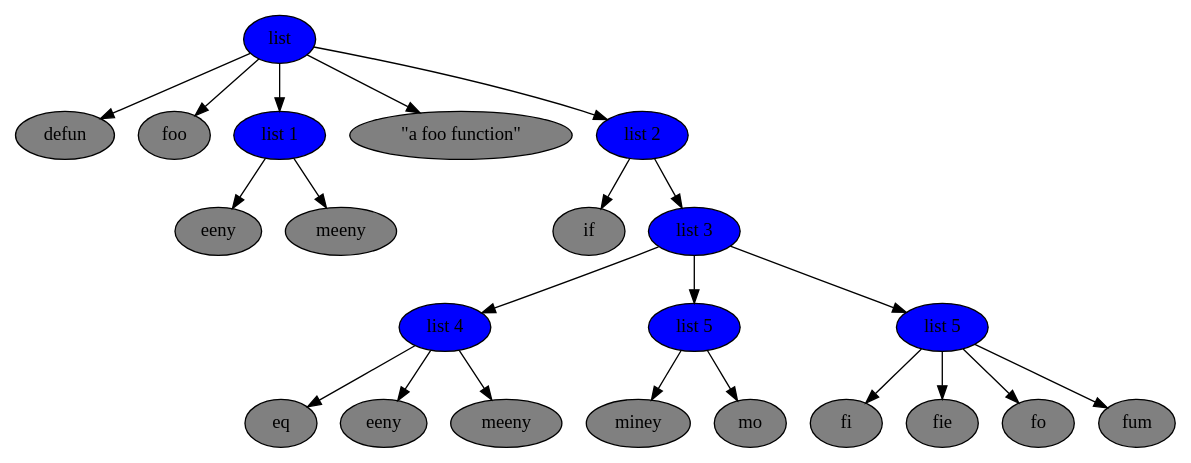
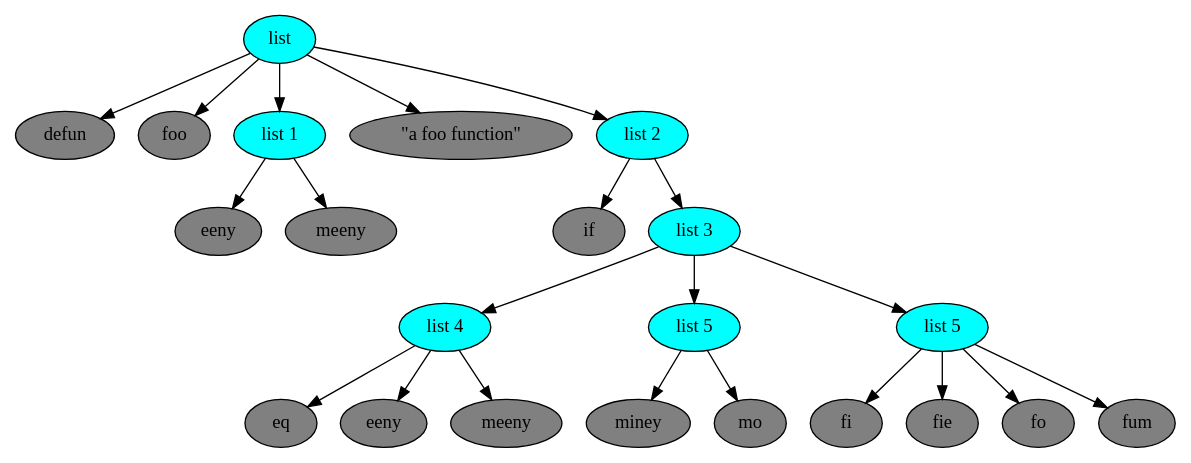
One commit to mnemnion/porch changed the first of 2 diagrams in quipu.org. Above: the diagram before and after it, drawn with Graphviz. The commit also changed other lines of this file, not shown here.

```diff
--- a/quipu.org
+++ b/quipu.org
@@ -149,49 +148,49 @@
 #+BEGIN_SRC dot :file images/node-leaf.png  :exports results :cache yes
    digraph G {
-  list [label = "list", style = filled, fillcolor = blue]
+  list [label = "list", style = filled, fillcolor = cyan]
 
   node_1 [label = "defun", style = filled, fillcolor = gray]
   foo_node [label = "foo", style = filled, fillcolor = gray]
-  list_1 [label = "list 1", style = filled, fillcolor = blue]
+  list_1 [label = "list 1", style = filled, fillcolor = cyan]
   node_4 [label = "\"a foo function\"", style = filled, fillcolor = gray]
-  list_2 [label = "list 2", style = filled, fillcolor = blue]
+  list_2 [label = "list 2", style = filled, fillcolor = cyan]
   node_5 [label = "if", style = filled, fillcolor = gray]
-  list_3 [label = "list 3", style = filled, fillcolor = blue]
-  list_4 [label = "list 4", style = filled, fillcolor = blue]
+  list_3 [label = "list 3", style = filled, fillcolor = cyan]
+  list_4 [label = "list 4", style = filled, fillcolor = cyan]
   node_2 [label = "eeny", style = filled, fillcolor = gray]
   node_3 [label = "meeny", style = filled, fillcolor = gray]
-  list_5 [label = "list 5", style = filled, fillcolor = blue]
-  list_6 [label = "list 5", style = filled, fillcolor = blue]
+  list_5 [label = "list 5", style = filled, fillcolor = cyan]
+  list_6 [label = "list 5", style = filled, fillcolor = cyan]
   node_6 [label = "eq", style = filled, fillcolor = gray]
   node_7 [label = "eeny", style = filled, fillcolor = gray]
   node_8 [label = "meeny", style = filled, fillcolor = gray]
   node_9 [label = "miney", style = filled, fillcolor = gray]
   node_10 [label = "mo", style = filled, fillcolor = gray]
   node_11 [label = "fi", style = filled, fillcolor = gray]
   node_12 [label = "fie", style = filled, fillcolor = gray]
   node_13 [label = "fo", style = filled, fillcolor = gray]
   node_14 [label = "fum", style = filled, fillcolor = gray]
     list -> node_1
     list -> foo_node
      list -> list_1
      list_1 -> node_2
      list_1 -> node_3
      list -> node_4
      list -> list_2
      list_2 -> node_5
      list_2 -> list_3
      list_3 -> list_4
      list_4 -> node_6
      list_4 -> node_7
      list_4 -> node_8
      list_3 -> list_5
      list_5 -> node_9
      list_5 -> node_10
      list_3 -> list_6
      list_6 -> node_11
      list_6 -> node_12
      list_6 -> node_13
      list_6 -> node_14
   }
 
 #+END_SRC
```
